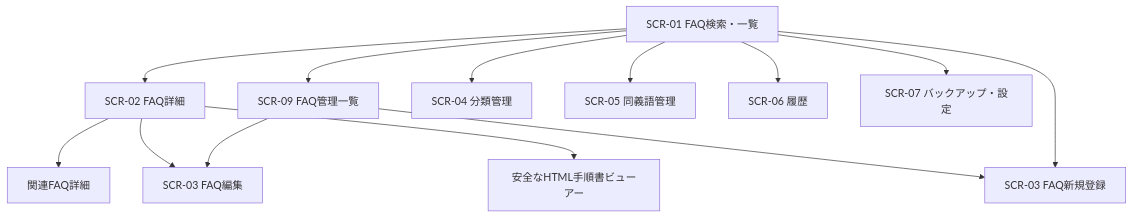
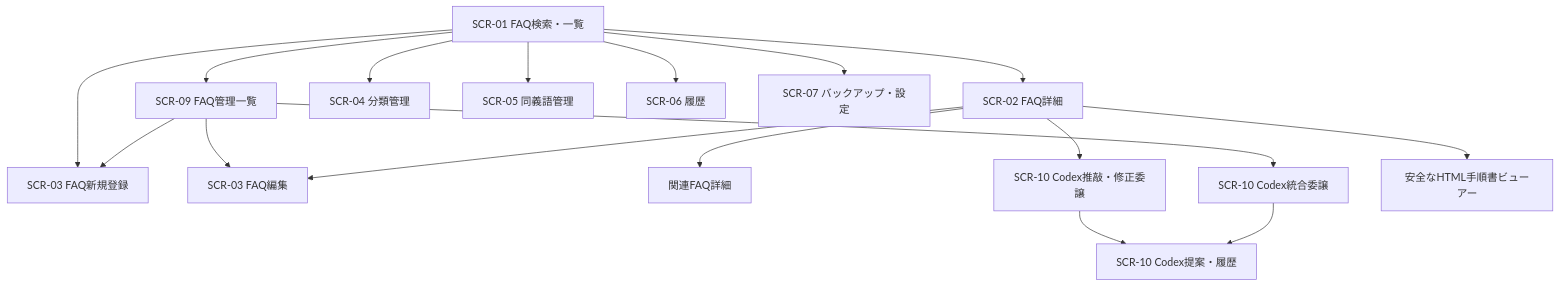
Before and after one commit to yknk1015/local-knowledge-app: the third of 8 diagrams in FAQシステム基本設計書.md, drawn with Mermaid. The commit also changed other lines of this file and 45 other files, not shown here.

````diff
--- a/FAQシステム基本設計書.md
+++ b/FAQシステム基本設計書.md
@@ -293,15 +328,19 @@
 ```mermaid
 flowchart TD
     S["SCR-01 FAQ検索・一覧"] --> D["SCR-02 FAQ詳細"]
     S --> A["SCR-09 FAQ管理一覧"]
     S --> E["SCR-03 FAQ新規登録"]
     A --> E
     A --> E2["SCR-03 FAQ編集"]
     D --> E2
     D --> D2["関連FAQ詳細"]
     S --> C["SCR-04 分類管理"]
     S --> Y["SCR-05 同義語管理"]
     S --> H["SCR-06 履歴"]
     S --> B["SCR-07 バックアップ・設定"]
+    D --> X["SCR-10 Codex推敲・修正委譲"]
+    A --> X2["SCR-10 Codex統合委譲"]
+    X --> P["SCR-10 Codex提案・履歴"]
+    X2 --> P
     D --> M["安全なHTML手順書ビューアー"]
 ```
````
